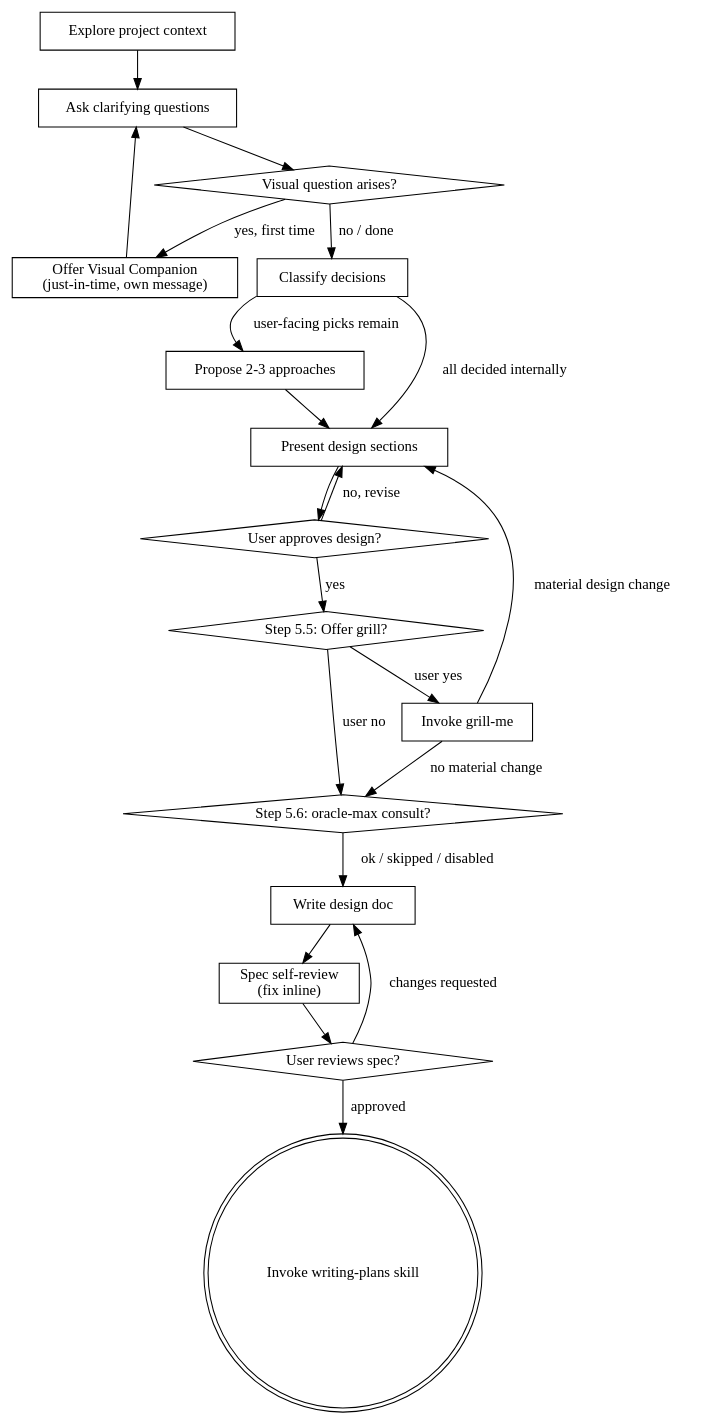
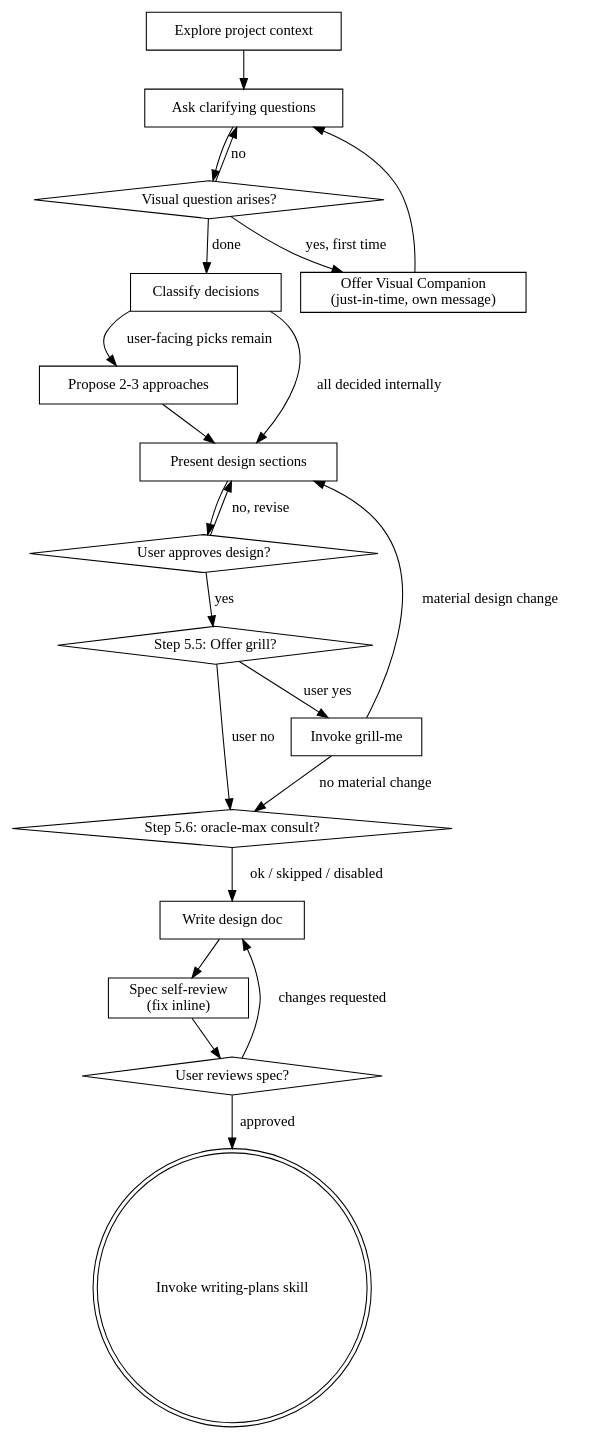
One commit to chris-yyau/busdriver changed the diagram in skills/brainstorming/SKILL.md. Above: the diagram before and after it, drawn with Graphviz. The commit also changed 5 other files, not shown here.

````diff
--- a/skills/brainstorming/SKILL.md
+++ b/skills/brainstorming/SKILL.md
@@ -46,40 +46,41 @@
 ```dot
 digraph brainstorming {
     "Explore project context" [shape=box];
     "Visual question arises?" [shape=diamond];
     "Offer Visual Companion\n(just-in-time, own message)" [shape=box];
     "Ask clarifying questions" [shape=box];
     "Classify decisions" [shape=box];
     "Propose 2-3 approaches" [shape=box];
     "Present design sections" [shape=box];
     "User approves design?" [shape=diamond];
     "Step 5.5: Offer grill?" [shape=diamond];
     "Invoke grill-me" [shape=box];
     "Step 5.6: oracle-max consult?" [shape=diamond];
     "Write design doc" [shape=box];
     "Spec self-review\n(fix inline)" [shape=box];
     "User reviews spec?" [shape=diamond];
     "Invoke writing-plans skill" [shape=doublecircle];
 
     "Explore project context" -> "Ask clarifying questions";
     "Ask clarifying questions" -> "Visual question arises?";
     "Visual question arises?" -> "Offer Visual Companion\n(just-in-time, own message)" [label="yes, first time"];
     "Offer Visual Companion\n(just-in-time, own message)" -> "Ask clarifying questions";
-    "Visual question arises?" -> "Classify decisions" [label="no / done"];
+    "Visual question arises?" -> "Ask clarifying questions" [label="no"];
+    "Visual question arises?" -> "Classify decisions" [label="done"];
     "Classify decisions" -> "Propose 2-3 approaches" [label="user-facing picks remain"];
     "Classify decisions" -> "Present design sections" [label="all decided internally"];
     "Propose 2-3 approaches" -> "Present design sections";
     "Present design sections" -> "User approves design?";
     "User approves design?" -> "Present design sections" [label="no, revise"];
     "User approves design?" -> "Step 5.5: Offer grill?" [label="yes"];
     "Step 5.5: Offer grill?" -> "Invoke grill-me" [label="user yes"];
     "Step 5.5: Offer grill?" -> "Step 5.6: oracle-max consult?" [label="user no"];
     "Invoke grill-me" -> "Present design sections" [label="material design change"];
     "Invoke grill-me" -> "Step 5.6: oracle-max consult?" [label="no material change"];
     "Step 5.6: oracle-max consult?" -> "Write design doc" [label="ok / skipped / disabled"];
     "Write design doc" -> "Spec self-review\n(fix inline)";
     "Spec self-review\n(fix inline)" -> "User reviews spec?";
     "User reviews spec?" -> "Write design doc" [label="changes requested"];
     "User reviews spec?" -> "Invoke writing-plans skill" [label="approved"];
 }
 ```
````
